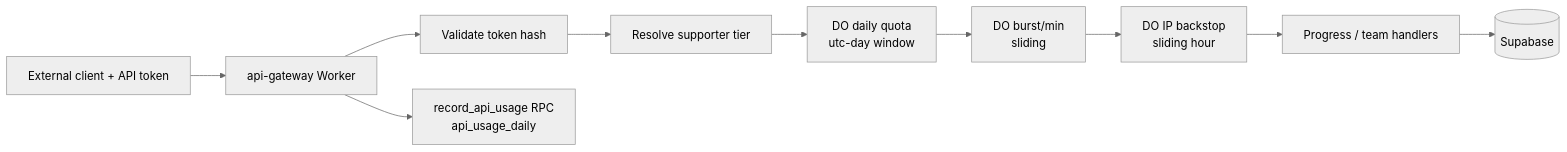
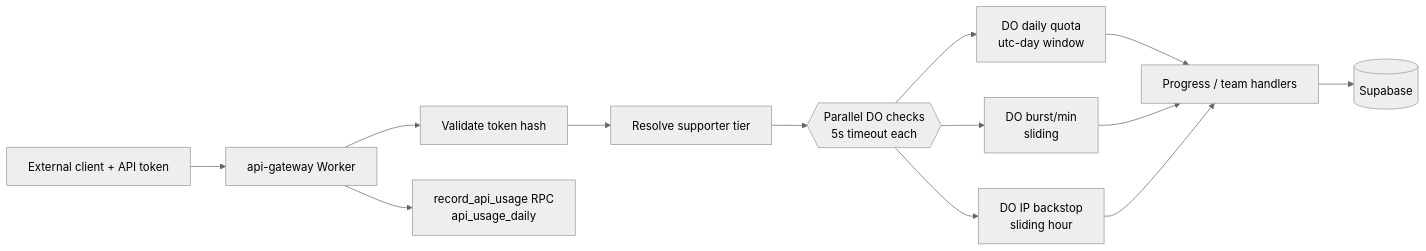
The third of 6 diagrams in docs/RATE_LIMITING.md (tarkovtracker-org/TarkovTracker), drawn with Mermaid (neutral theme) before and after one commit. The commit also changed other lines of this file and 8 other files, not shown here.

````diff
--- a/docs/RATE_LIMITING.md
+++ b/docs/RATE_LIMITING.md
@@ -178,12 +178,15 @@
 ```mermaid
 flowchart LR
   C[External client + API token] --> W[api-gateway Worker]
   W --> AUTH[Validate token hash]
   AUTH --> TIER[Resolve supporter tier]
-  TIER --> DAILY[DO daily quota<br/>utc-day window]
-  DAILY --> BURST[DO burst/min<br/>sliding]
-  BURST --> IP[DO IP backstop<br/>sliding hour]
-  IP --> HANDLER[Progress / team handlers]
+  TIER --> PAR{{Parallel DO checks<br/>5s timeout each}}
+  PAR --> DAILY[DO daily quota<br/>utc-day window]
+  PAR --> BURST[DO burst/min<br/>sliding]
+  PAR --> IP[DO IP backstop<br/>sliding hour]
+  DAILY --> HANDLER[Progress / team handlers]
+  BURST --> HANDLER
+  IP --> HANDLER
   HANDLER --> DB[(Supabase)]
   W --> USAGE[record_api_usage RPC<br/>api_usage_daily]
 ```
````
